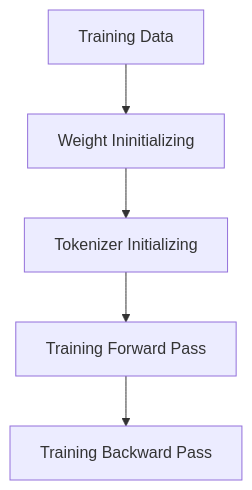
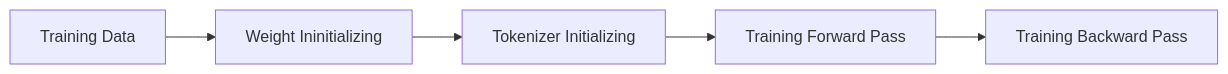
One commit to ChrisZhu2050/chriszhu2050.github.io changed the diagram in README.md. Above: the diagram before and after it, drawn with Mermaid.

````diff
--- a/README.md
+++ b/README.md
@@ -14,4 +14,4 @@
 ```mermaid
-graph TD
+graph LR
     A[Training Data] --> B[Weight Ininitializing] --> C[Tokenizer Initializing] --> D[Training Forward Pass] --> E[Training Backward Pass]
 ```
````
